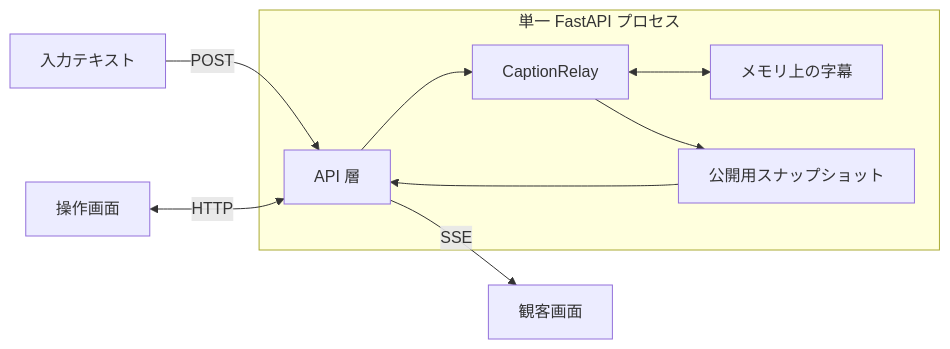
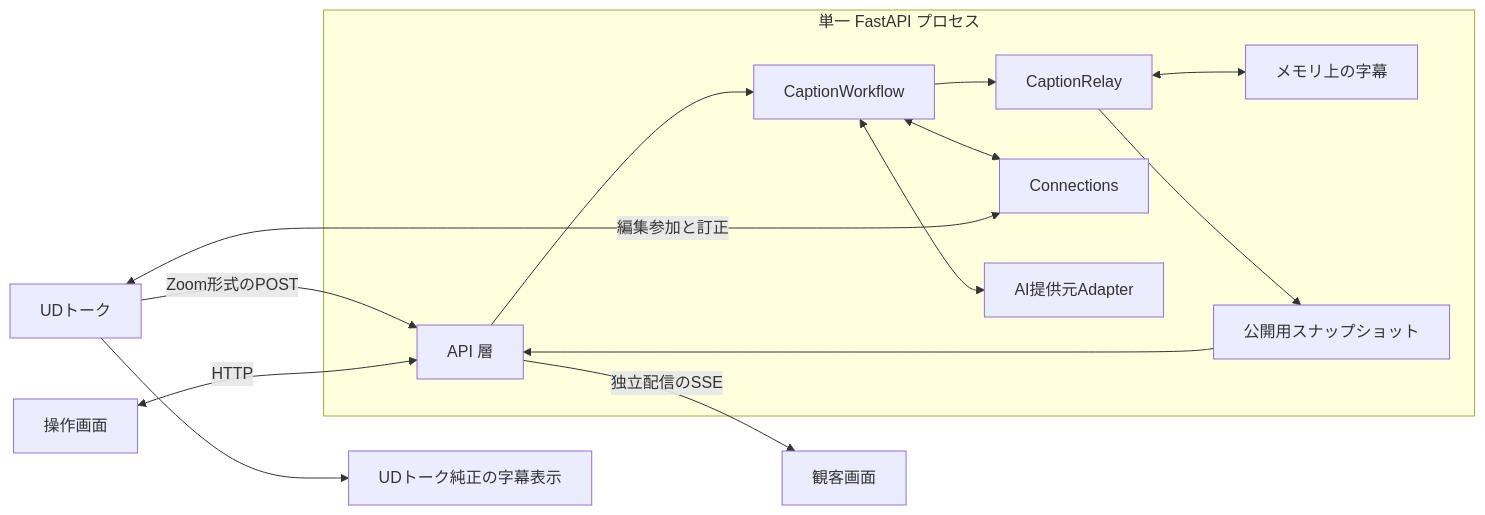
One commit to shiftone-ai/caption-relay changed the diagram in ARCHITECTURE.md. Above: the diagram before and after it, drawn with Mermaid. The commit also changed other lines of this file and 78 other files, not shown here.

Commit message:
feat(input): add independent relay and experimental UD Talk corrections

````diff
--- a/ARCHITECTURE.md
+++ b/ARCHITECTURE.md
@@ -28,12 +32,17 @@
 ```mermaid
 flowchart LR
-    input[入力テキスト] -->|POST| api
+    ud[UDトーク] -->|Zoom形式のPOST| api
     operator[操作画面] <-->|HTTP| api
     subgraph server[単一 FastAPI プロセス]
-        api[API 層] --> relay[CaptionRelay]
+        api[API 層] --> workflow[CaptionWorkflow]
+        workflow --> relay[CaptionRelay]
+        workflow <--> connections[Connections]
+        workflow <--> ai[AI提供元Adapter]
         relay <--> state[メモリ上の字幕]
         relay --> snapshot[公開用スナップショット]
         snapshot --> api
     end
-    api -->|SSE| audience[観客画面]
+    connections <-->|編集参加と訂正| ud
+    api -->|独立配信のSSE| audience[観客画面]
+    ud --> native[UDトーク純正の字幕表示]
 ```
````
